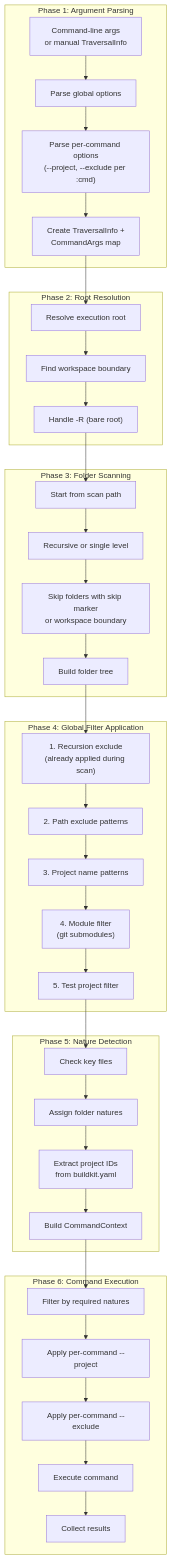
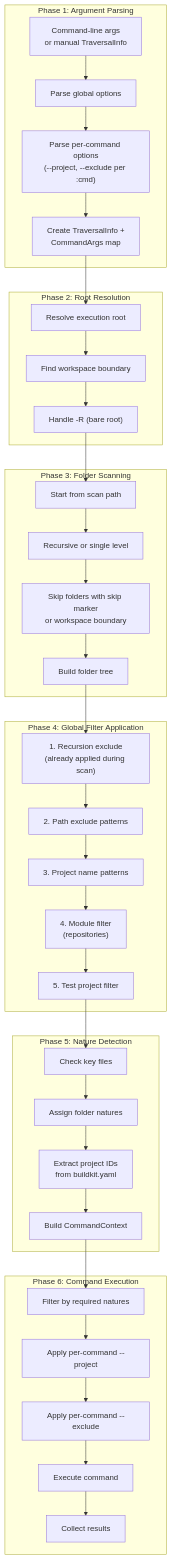
One commit to al-the-bear/tom_basics changed the eighth of 16 diagrams in tom_build_base/_copilot_guidelines/cli_v2_design.md. Above: the diagram before and after it, drawn with Mermaid. The commit also changed other lines of this file and 14 other files, not shown here.

````diff
--- a/tom_build_base/_copilot_guidelines/cli_v2_design.md
+++ b/tom_build_base/_copilot_guidelines/cli_v2_design.md
@@ -559,52 +559,52 @@
 ```mermaid
 flowchart TB
     subgraph "Phase 1: Argument Parsing"
         A1["Command-line args<br/>or manual TraversalInfo"]
         A2["Parse global options"]
         A3["Parse per-command options<br/>(--project, --exclude per :cmd)"]
         A4["Create TraversalInfo +<br/>CommandArgs map"]
     end
     
     subgraph "Phase 2: Root Resolution"
         B1["Resolve execution root"]
         B2["Find workspace boundary"]
         B3["Handle -R (bare root)"]
     end
     
     subgraph "Phase 3: Folder Scanning"
         C1["Start from scan path"]
         C2["Recursive or single level"]
         C3["Skip folders with skip marker<br/>or workspace boundary"]
         C4["Build folder tree"]
     end
     
     subgraph "Phase 4: Global Filter Application"
         D1["1. Recursion exclude<br/>(already applied during scan)"]
         D2["2. Path exclude patterns"]
         D3["3. Project name patterns"]
-        D4["4. Module filter<br/>(git submodules)"]
+        D4["4. Module filter<br/>(repositories)"]
         D5["5. Test project filter"]
     end
     
     subgraph "Phase 5: Nature Detection"
         E1["Check key files"]
         E2["Assign folder natures"]
         E3["Extract project IDs<br/>from buildkit.yaml"]
         E4["Build CommandContext"]
     end
     
     subgraph "Phase 6: Command Execution"
         F1["Filter by required natures"]
         F2["Apply per-command --project"]
         F3["Apply per-command --exclude"]
         F4["Execute command"]
         F5["Collect results"]
     end
     
     A1 --> A2 --> A3 --> A4
     A4 --> B1 --> B2 --> B3
     B3 --> C1 --> C2 --> C3 --> C4
     C4 --> D1 --> D2 --> D3 --> D4 --> D5
     D5 --> E1 --> E2 --> E3 --> E4
     E4 --> F1 --> F2 --> F3 --> F4 --> F5
 ```
````
